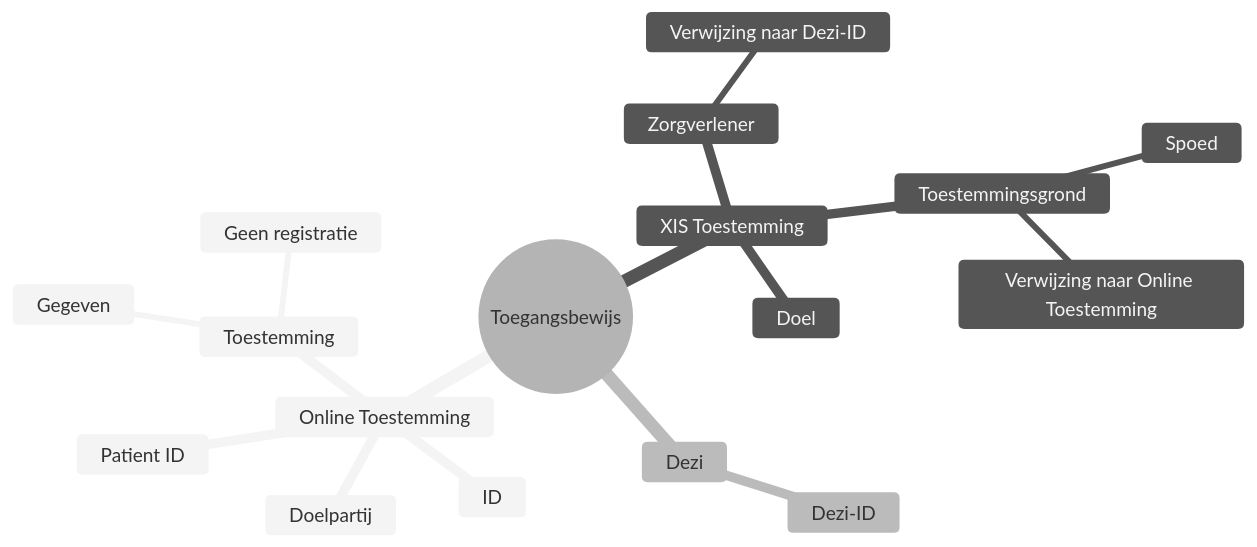
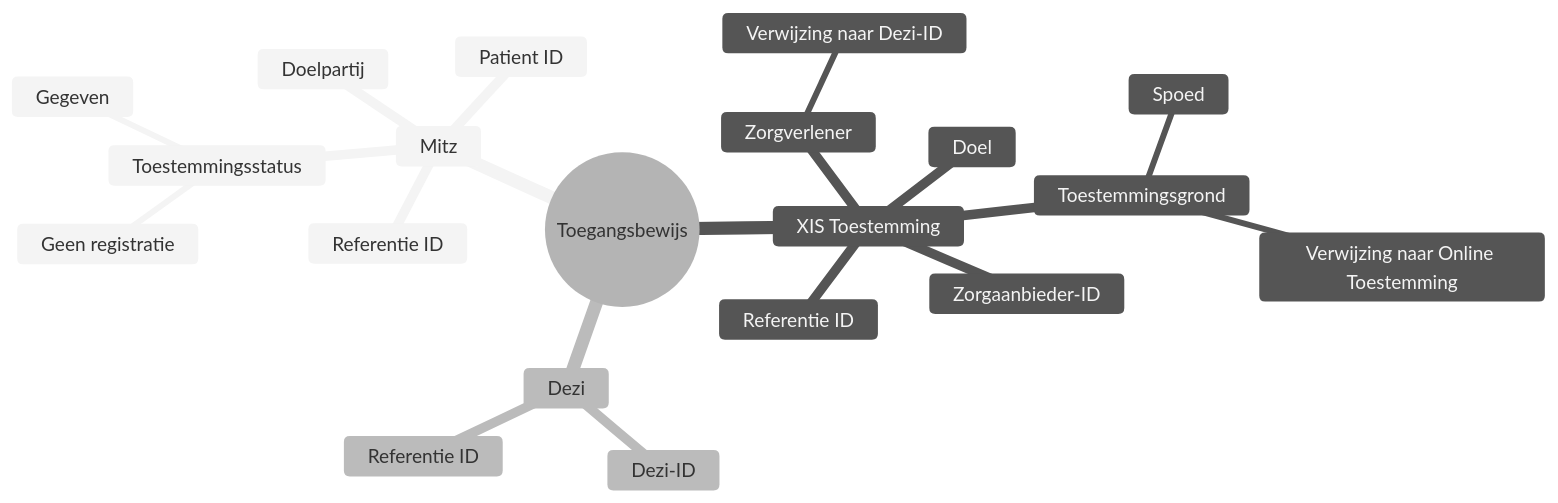
Before and after one commit to minvws/generiekefuncties-lokalisatie: the second of 3 diagrams in architectuur/opties/authenticatie-en-autorisatie.md, drawn with Mermaid (neutral theme). The commit also changed other lines of this file, not shown here.

````diff
--- a/architectuur/opties/authenticatie-en-autorisatie.md
+++ b/architectuur/opties/authenticatie-en-autorisatie.md
@@ -73,20 +73,23 @@
 ```mermaid
 mindmap
 root((Toegangsbewijs))
-	Online Toestemming
-		ID
+	Mitz
+		Referentie ID
 		Patient ID
 		Doelpartij
-		Toestemming
+		Toestemmingsstatus
 			Gegeven
 			Geen registratie
 	XIS Toestemming
+		Referentie ID
 		Zorgverlener
 			Verwijzing naar Dezi-ID
 		Toestemmingsgrond
 			Verwijzing naar Online Toestemming
 			Spoed
 		Doel
+		Zorgaanbieder-ID
 	Dezi
+		Referentie ID
 		Dezi-ID
 ```
````
